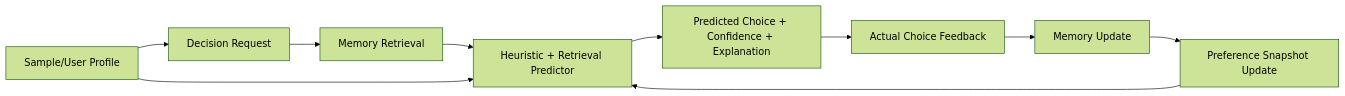
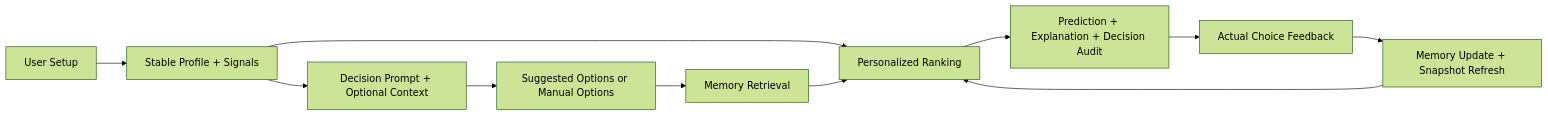
Before and after one commit to ronut01/bcd: the diagram in README.md, drawn with Mermaid (forest theme). The commit also changed other lines of this file and 11 other files, not shown here.

````diff
--- a/README.md
+++ b/README.md
@@ -54,12 +109,13 @@
 ```mermaid
 flowchart LR
-    A["Sample/User Profile"] --> B["Decision Request"]
-    B --> C["Memory Retrieval"]
-    C --> D["Heuristic + Retrieval Predictor"]
-    A --> D
-    D --> E["Predicted Choice + Confidence + Explanation"]
-    E --> F["Actual Choice Feedback"]
-    F --> G["Memory Update"]
-    G --> H["Preference Snapshot Update"]
-    H --> D
+    A["User Setup"] --> B["Stable Profile + Signals"]
+    B --> C["Decision Prompt + Optional Context"]
+    C --> D["Suggested Options or Manual Options"]
+    D --> E["Memory Retrieval"]
+    B --> F["Personalized Ranking"]
+    E --> F
+    F --> G["Prediction + Explanation + Decision Audit"]
+    G --> H["Actual Choice Feedback"]
+    H --> I["Memory Update + Snapshot Refresh"]
+    I --> F
 ```
````
